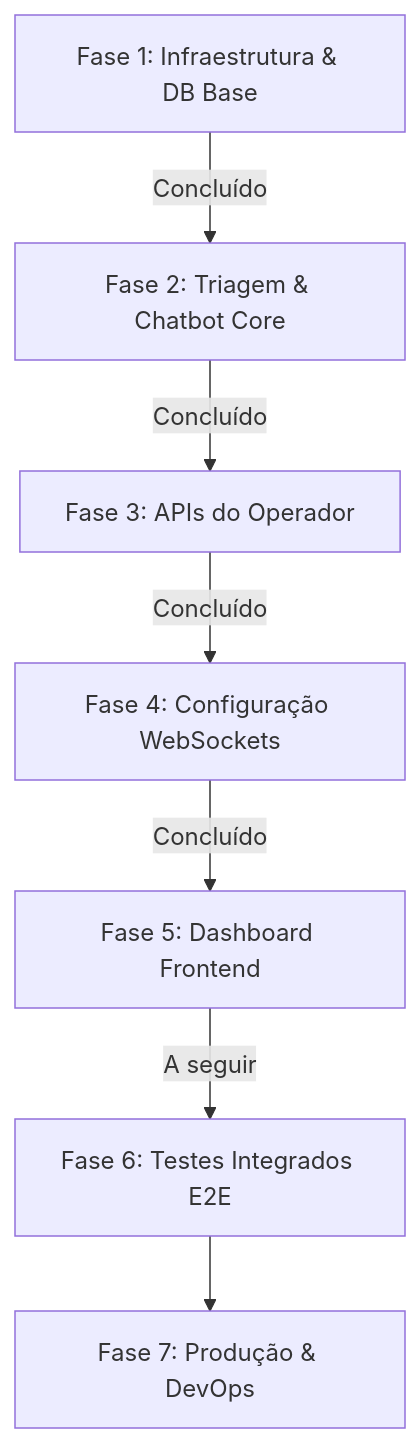
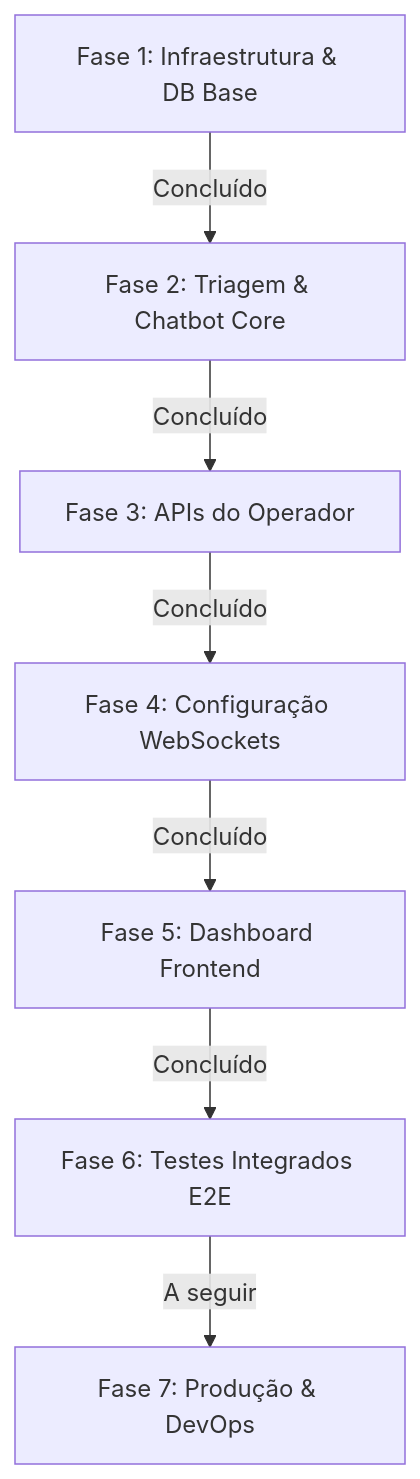
The diagram in roadmap.md (Randygomesdev/Setoriza), drawn with Mermaid before and after one commit. The commit also changed other lines of this file and 7 other files, not shown here.

````diff
--- a/roadmap.md
+++ b/roadmap.md
@@ -9,9 +9,9 @@
 ```mermaid
 graph TD
     Phase1[Fase 1: Infraestrutura & DB Base] -->|Concluído| Phase2[Fase 2: Triagem & Chatbot Core]
     Phase2 -->|Concluído| Phase3[Fase 3: APIs do Operador]
     Phase3 -->|Concluído| Phase4[Fase 4: Configuração WebSockets]
     Phase4 -->|Concluído| Phase5[Fase 5: Dashboard Frontend]
-    Phase5 -->|A seguir| Phase6[Fase 6: Testes Integrados E2E]
-    Phase6 --> Phase7[Fase 7: Produção & DevOps]
+    Phase5 -->|Concluído| Phase6[Fase 6: Testes Integrados E2E]
+    Phase6 -->|A seguir| Phase7[Fase 7: Produção & DevOps]
 ```
````
